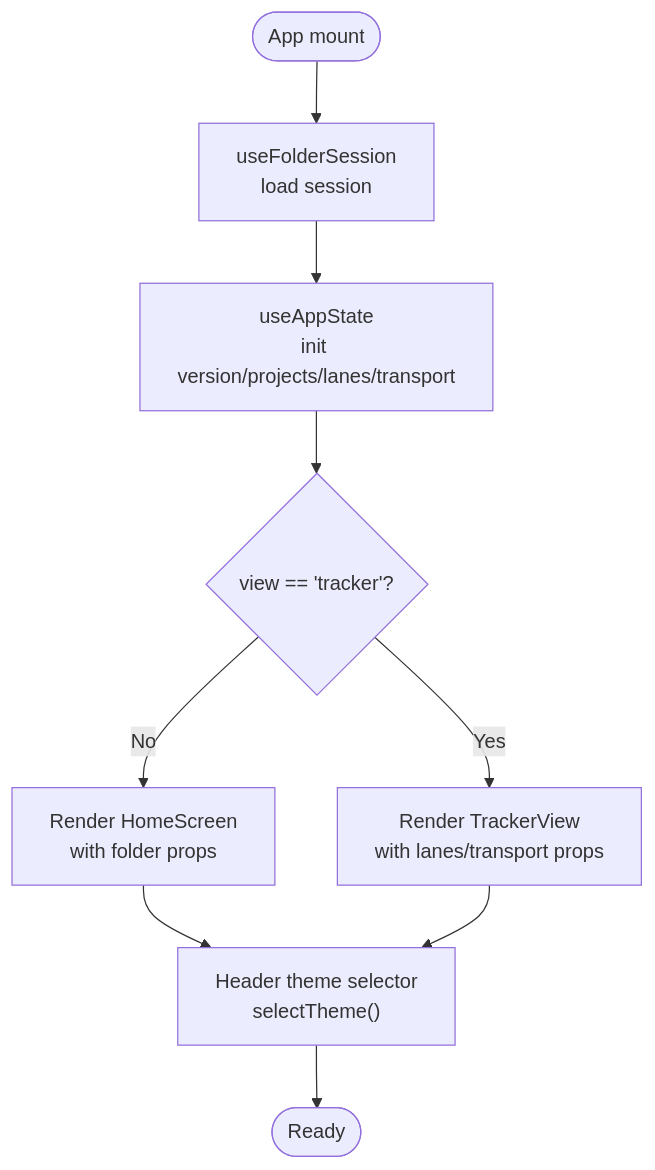
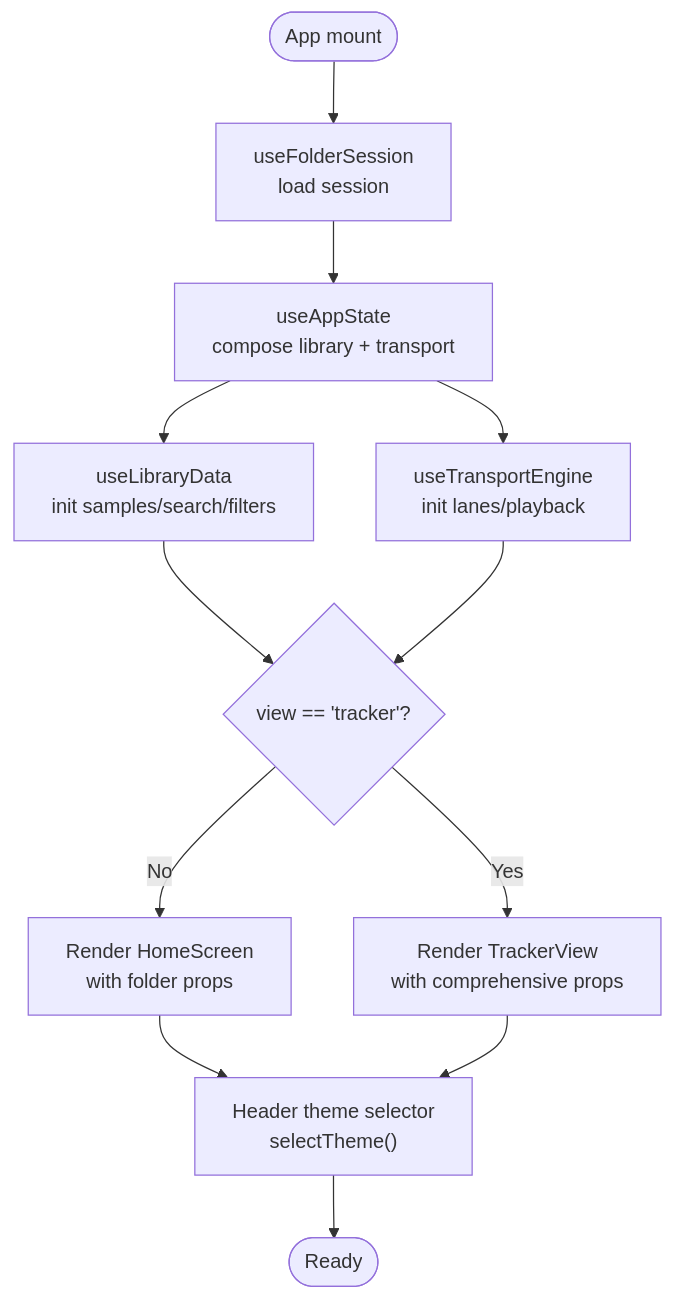
The third of 5 diagrams in .qoder/repowiki/en/content/Core Components/Core Components.md (satyrlord/mixjam-electron), drawn with Mermaid before and after one commit. The commit also changed other lines of this file and 7 other files, not shown here.

First line of the commit message:
feat(data-management): centralize audio extensions and add hasSamples function

````diff
--- a/.qoder/repowiki/en/content/Core Components/Core Components.md
+++ b/.qoder/repowiki/en/content/Core Components/Core Components.md
@@ -183,11 +217,14 @@
 ```mermaid
 flowchart TD
 Start(["App mount"]) --> LoadSession["useFolderSession<br/>load session"]
-LoadSession --> InitState["useAppState<br/>init version/projects/lanes/transport"]
-InitState --> DecideView{"view == 'tracker'?"}
+LoadSession --> InitState["useAppState<br/>compose library + transport"]
+InitState --> InitLib["useLibraryData<br/>init samples/search/filters"]
+InitState --> InitTrans["useTransportEngine<br/>init lanes/playback"]
+InitLib --> DecideView{"view == 'tracker'?"}
+InitTrans --> DecideView
 DecideView --> |No| RenderHome["Render HomeScreen<br/>with folder props"]
-DecideView --> |Yes| RenderTracker["Render TrackerView<br/>with lanes/transport props"]
+DecideView --> |Yes| RenderTracker["Render TrackerView<br/>with comprehensive props"]
 RenderHome --> ThemeSel["Header theme selector<br/>selectTheme()"]
 RenderTracker --> ThemeSel
 ThemeSel --> End(["Ready"])
 ```
````
